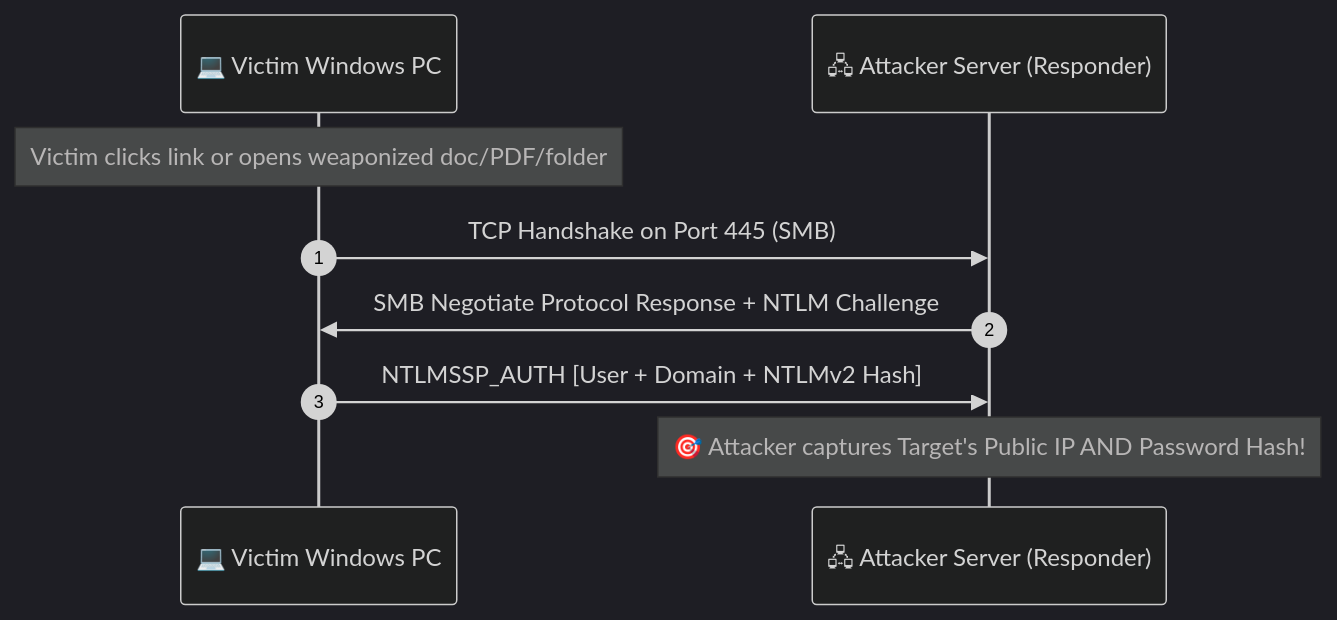
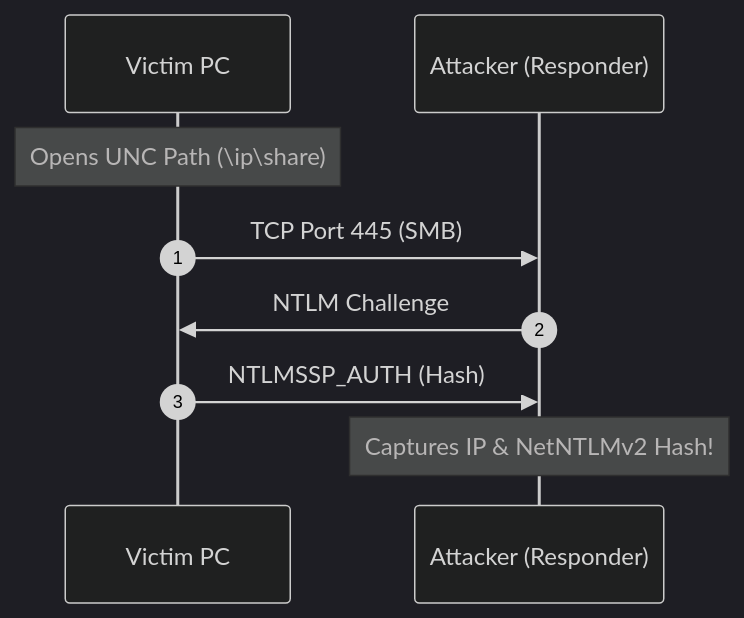
The first of 3 diagrams in topics/07-legacy-exploits-ip-harvesting-and-lan-attacks/README.md (DaddyZyn/Cyber-security-notes), drawn with Mermaid (dark theme) before and after one commit. The commit also changed other lines of this file and 19 other files, not shown here.

Commit message:
fix: overhaul all Mermaid diagrams with clean vertical layouts and short line-wrapping to prevent GitHub clipping

````diff
--- a/topics/07-legacy-exploits-ip-harvesting-and-lan-attacks/README.md
+++ b/topics/07-legacy-exploits-ip-harvesting-and-lan-attacks/README.md
@@ -35,11 +35,12 @@
 ```mermaid
 sequenceDiagram
     autonumber
-    participant Victim as 💻 Victim Windows PC
-    participant Attacker as 🖧 Attacker Server (Responder)
-    Note over Victim: Victim clicks link or opens weaponized doc/PDF/folder
-    Victim->>Attacker: TCP Handshake on Port 445 (SMB)
-    Attacker->>Victim: SMB Negotiate Protocol Response + NTLM Challenge
-    Victim->>Attacker: NTLMSSP_AUTH [User + Domain + NTLMv2 Hash]
-    Note over Attacker: 🎯 Attacker captures Target's Public IP AND Password Hash!
+    participant Victim as Victim PC
+    participant Attacker as Attacker (Responder)
+
+    Note over Victim: Opens UNC Path (\ip\share)
+    Victim->>Attacker: TCP Port 445 (SMB)
+    Attacker->>Victim: NTLM Challenge
+    Victim->>Attacker: NTLMSSP_AUTH (Hash)
+    Note over Attacker: Captures IP & NetNTLMv2 Hash!
 ```
````
